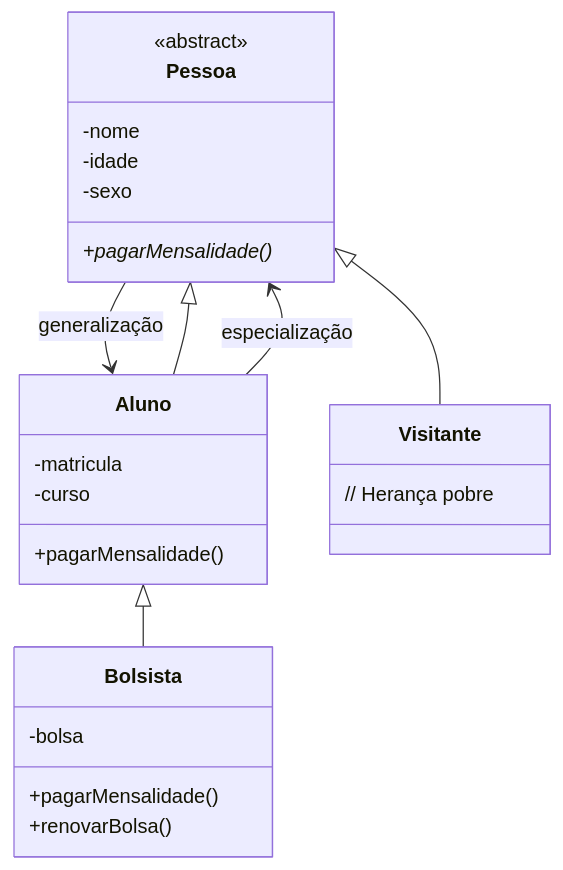
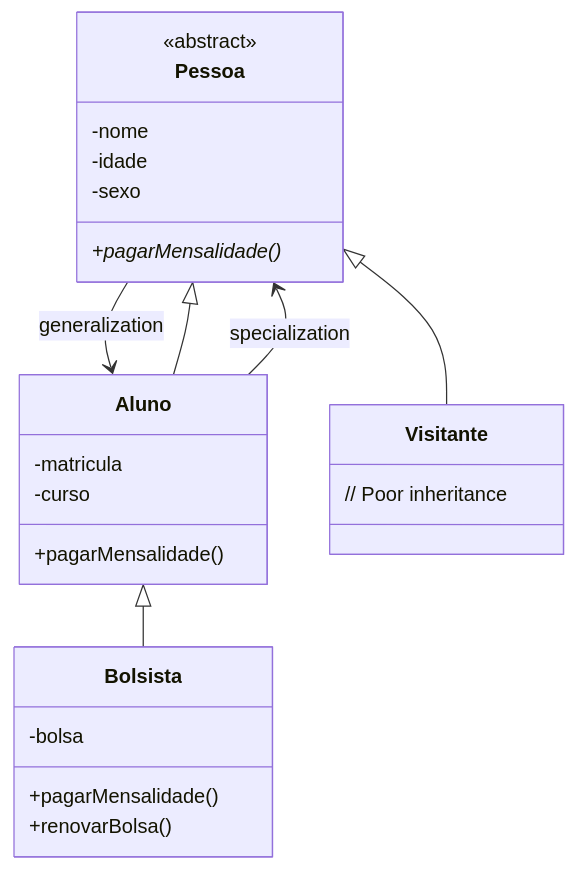
One commit to ThayronyVonHeld/java-backend-journey changed the diagram in Module - Lessons/Module 2 - Object Oriented Programming (OOP)/Lesson 9 - Inheritance Part.2/lesson-09-en.md. Above: the diagram before and after it, drawn with Mermaid. The commit also changed other lines of this file and 2 other files, not shown here.

````diff
--- a/Module - Lessons/Module 2 - Object Oriented Programming (OOP)/Lesson 9 - Inheritance Part.2/lesson-09-en.md
+++ b/Module - Lessons/Module 2 - Object Oriented Programming (OOP)/Lesson 9 - Inheritance Part.2/lesson-09-en.md
@@ -17,34 +48,34 @@
 ```mermaid
 classDiagram
     direction TB
-    Pessoa --> Aluno : generalização
-    Aluno --> Pessoa : especialização
+    Pessoa --> Aluno : generalization
+    Aluno --> Pessoa : specialization
     
     class Pessoa {
         <<abstract>>
         -nome
         -idade
         -sexo
         +pagarMensalidade()*
     }
     
     class Aluno {
         -matricula
         -curso
         +pagarMensalidade()
     }
     
     class Bolsista {
         -bolsa
         +pagarMensalidade()
         +renovarBolsa()
     }
     
     class Visitante {
-        // Herança pobre
+        // Poor inheritance
     }
     
     Pessoa <|-- Aluno
     Pessoa <|-- Visitante
     Aluno <|-- Bolsista
 ```
````
